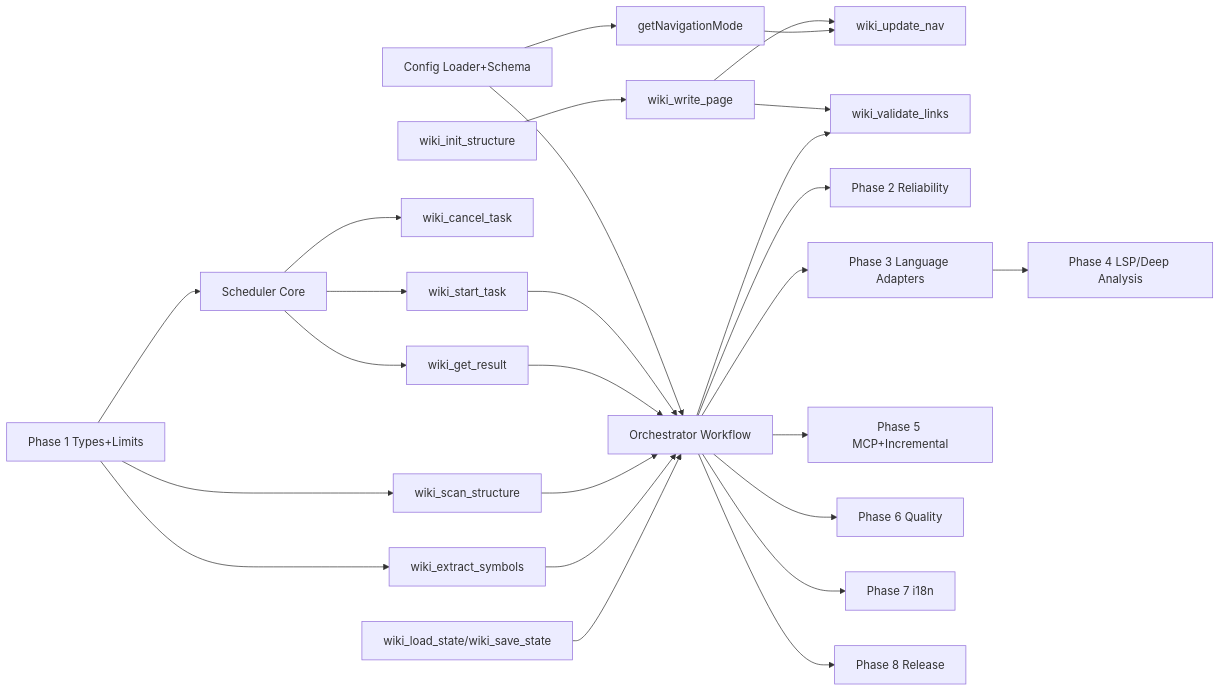
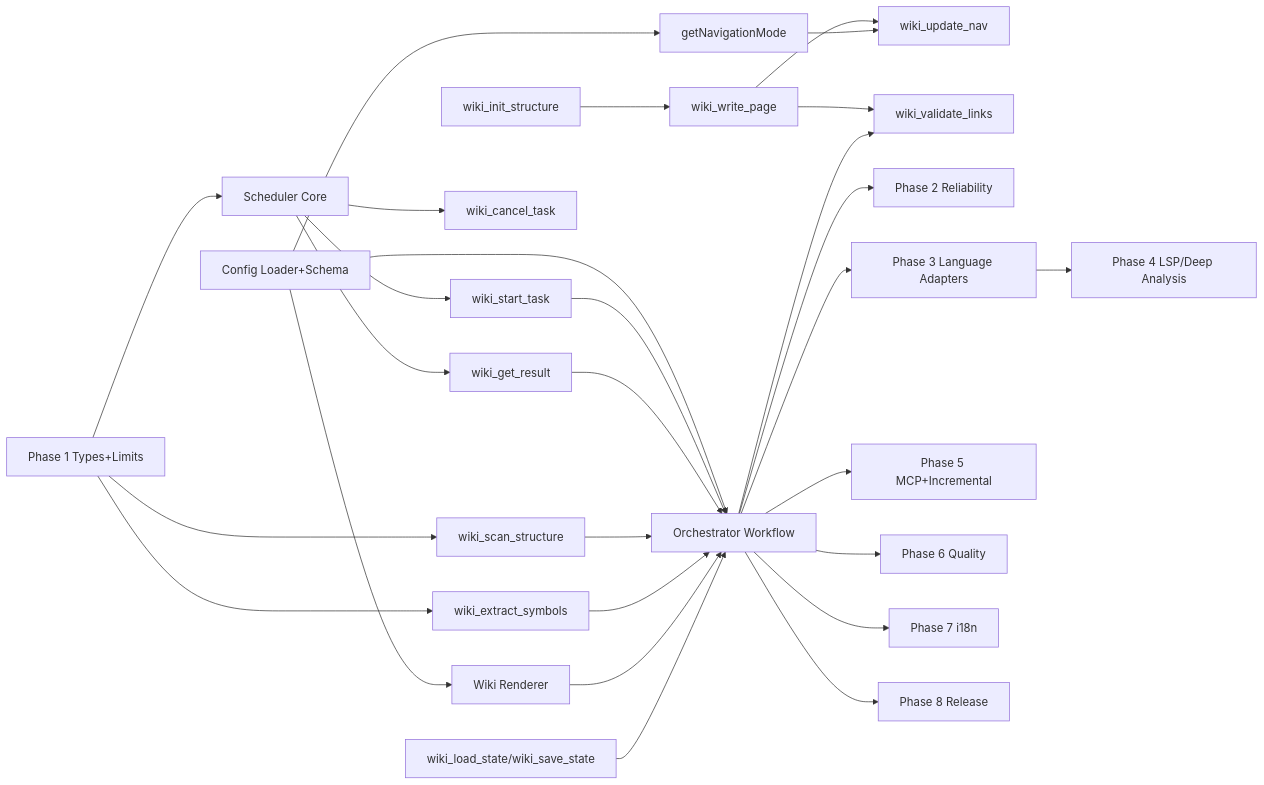
One commit to chao243/opencode-wiki changed the diagram in docs/TODO.md. Above: the diagram before and after it, drawn with Mermaid. The commit also changed other lines of this file and 2 other files, not shown here.

Commit message:
更新 TODO.md 文档，调整 MVP 目标和当前状态，新增 Wiki Renderer 模块相关任务；新增 AI 函数调用机制文档，详细描述工具注册、定义、执行流程及核心组件。

````diff
--- a/docs/TODO.md
+++ b/docs/TODO.md
@@ -318,33 +350,36 @@
 ```mermaid
 graph LR
   P1T[Phase 1 Types+Limits] --> SCHED[Scheduler Core]
   SCHED --> TSTART[wiki_start_task]
   SCHED --> TGET[wiki_get_result]
   SCHED --> TCANCEL[wiki_cancel_task]
 
   P1T --> SCAN[wiki_scan_structure]
   P1T --> SYM[wiki_extract_symbols]
 
   CFG[Config Loader+Schema] --> NAVMODE[getNavigationMode]
+  CFG --> REND[Wiki Renderer]
   CFG --> ORCH[Orchestrator Workflow]
+
   TSTART --> ORCH
   TGET --> ORCH
   SCAN --> ORCH
   SYM --> ORCH
+  REND --> ORCH
 
   INIT[wiki_init_structure] --> WRITE[wiki_write_page]
   WRITE --> NAV[wiki_update_nav]
   WRITE --> LINK[wiki_validate_links]
 
   STATE[wiki_load_state/wiki_save_state] --> ORCH
   NAVMODE --> NAV
   ORCH --> LINK
 
   ORCH --> P2[Phase 2 Reliability]
   ORCH --> P3[Phase 3 Language Adapters]
   P3 --> P4[Phase 4 LSP/Deep Analysis]
   ORCH --> P5[Phase 5 MCP+Incremental]
   ORCH --> P6[Phase 6 Quality]
   ORCH --> P7[Phase 7 i18n]
   ORCH --> P8[Phase 8 Release]
 ```
````
